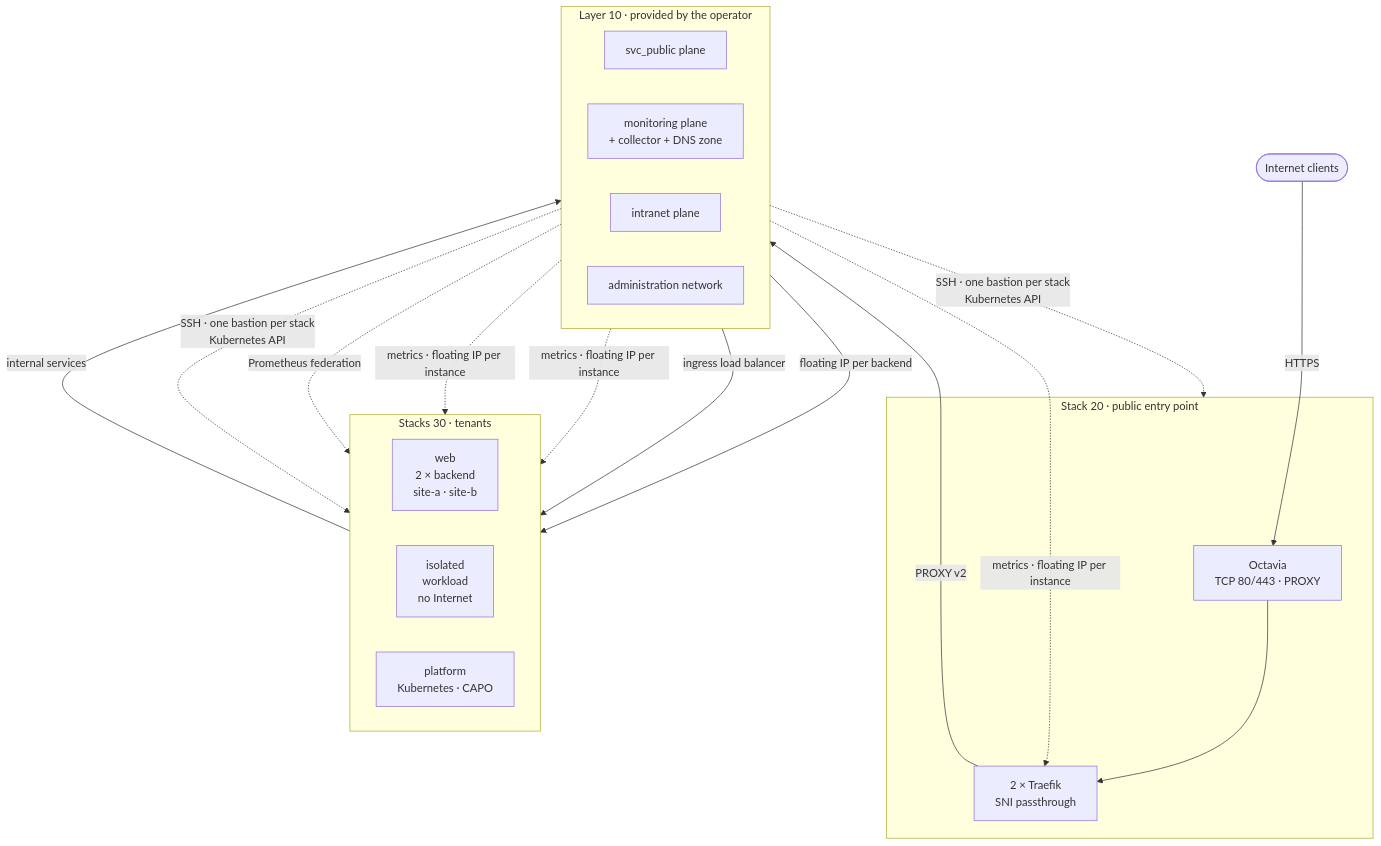
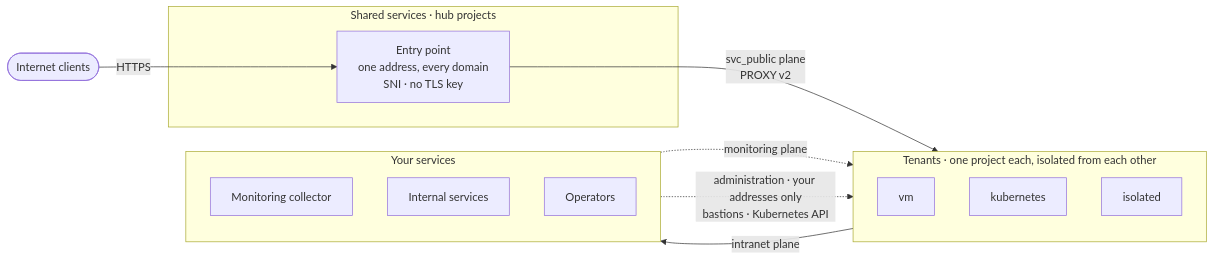
The diagram in README.md (CyprisTech/openstack-multitenant-reference), drawn with Mermaid before and after one commit. The commit also changed other lines of this file and 68 other files, not shown here.

````diff
--- a/README.md
+++ b/README.md
@@ -65,32 +66,24 @@
 ```mermaid
-flowchart TB
+flowchart LR
     U(["Internet clients"])
-
-    subgraph EDGE["Stack 20 · public entry point"]
-        LB["Octavia<br/>TCP 80/443 · PROXY"] --> T["2 × Traefik<br/>SNI passthrough"]
+    subgraph SHARED["Shared services · hub projects"]
+        EP["Entry point<br/>one address, every domain<br/>SNI · no TLS key"]
     end
-
-    subgraph TENANTS["Stacks 30 · tenants"]
-        direction LR
-        W["web<br/>2 × backend<br/>site-a · site-b"]
-        I["isolated<br/>workload<br/>no Internet"]
-        K["platform<br/>Kubernetes · CAPO"]
+    subgraph TENANTS["Tenants · one project each, isolated from each other"]
+        direction TB
+        V["vm"]
+        K["kubernetes"]
+        I["isolated"]
     end
-
-    subgraph L10["Layer 10 · provided by the operator"]
-        direction LR
-        SVC["svc_public plane"]
-        MON["monitoring plane<br/>+ collector + DNS zone"]
-        INT["intranet plane"]
-        ADM["administration network"]
+    subgraph YOURS["Your services"]
+        direction TB
+        C["Monitoring collector"]
+        S["Internal services"]
+        A["Operators"]
     end
-
-    U -->|HTTPS| LB
-    T -->|"PROXY v2"| SVC -->|"floating IP per backend"| W
-    SVC -->|"ingress load balancer"| K
-    MON -.->|"metrics · floating IP per instance"| T & W & I
-    MON -.->|"Prometheus federation"| K
-    K -->|"internal services"| INT
-    ADM -.->|"SSH · one bastion per stack<br/>Kubernetes API"| EDGE & TENANTS
-
+    U -->|"HTTPS"| EP
+    EP -->|"svc_public plane<br/>PROXY v2"| TENANTS
+    C -.->|"monitoring plane"| TENANTS
+    TENANTS -->|"intranet plane"| S
+    A -.->|"administration · your addresses only<br/>bastions · Kubernetes API"| TENANTS
 ```
````
